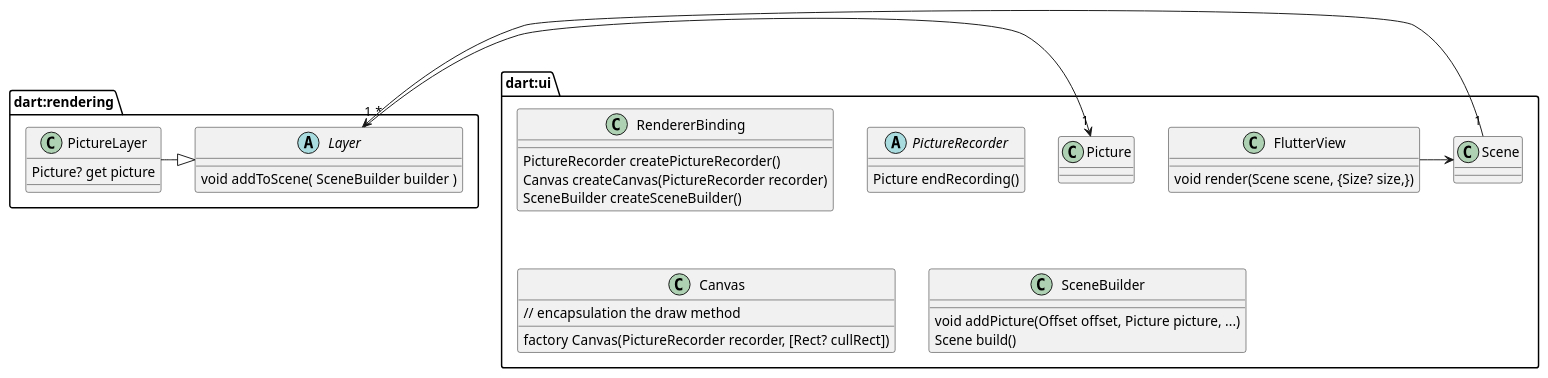
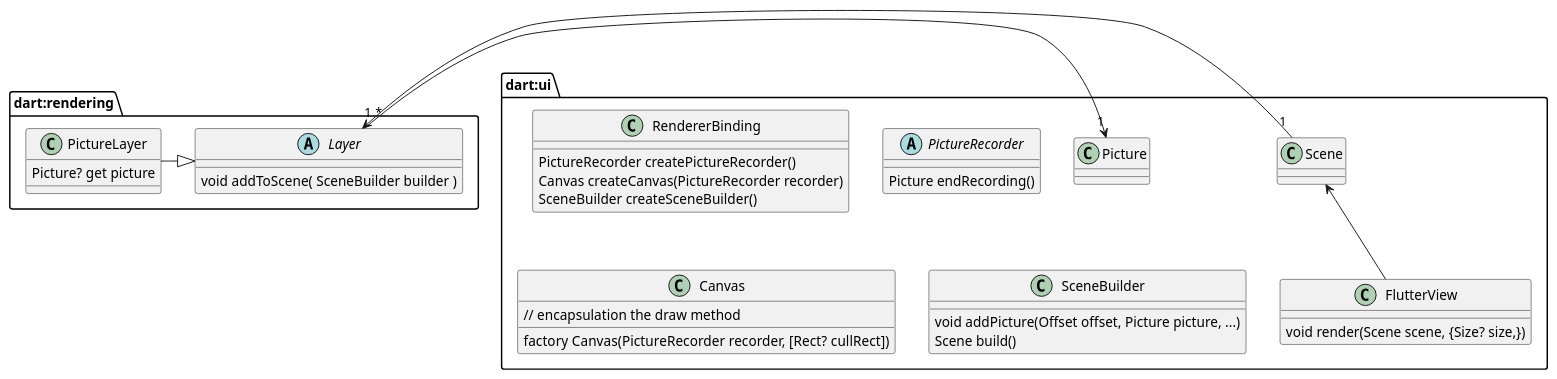
One commit to cer-cer/cer-cer.github.io changed the diagram in docs/flutter/render_flow.md. Above: the diagram before and after it, drawn with PlantUML. The commit also changed 9 other files, not shown here.

````diff
--- a/docs/flutter/render_flow.md
+++ b/docs/flutter/render_flow.md
@@ -8,49 +8,49 @@
 ```plantuml
 @startuml
 package "dart:ui" {
     class RendererBinding {
         PictureRecorder createPictureRecorder()
         Canvas createCanvas(PictureRecorder recorder)
         SceneBuilder createSceneBuilder()
     }
 
     abstract PictureRecorder {
         Picture endRecording()
     }
 
     class Canvas {
         factory Canvas(PictureRecorder recorder, [Rect? cullRect])
         // encapsulation the draw method
     }
 
     class SceneBuilder {
         void addPicture(Offset offset, Picture picture, ...)
         Scene build()
     }
     class Scene
     class Picture
 
     class FlutterView {
         void render(Scene scene, {Size? size,})
     }
 }
 
 package "dart:rendering" {
     abstract Layer{
         void addToScene( SceneBuilder builder )
     }
 
     class PictureLayer {
         Picture? get picture
     }
 
     PictureLayer -|> Layer
 }
 
-FlutterView -> Scene
+FlutterView -up-> Scene
 Scene "1" -> "*" Layer
 
 Layer "1" -> "1" Picture
 
 @enduml
 ```
````
